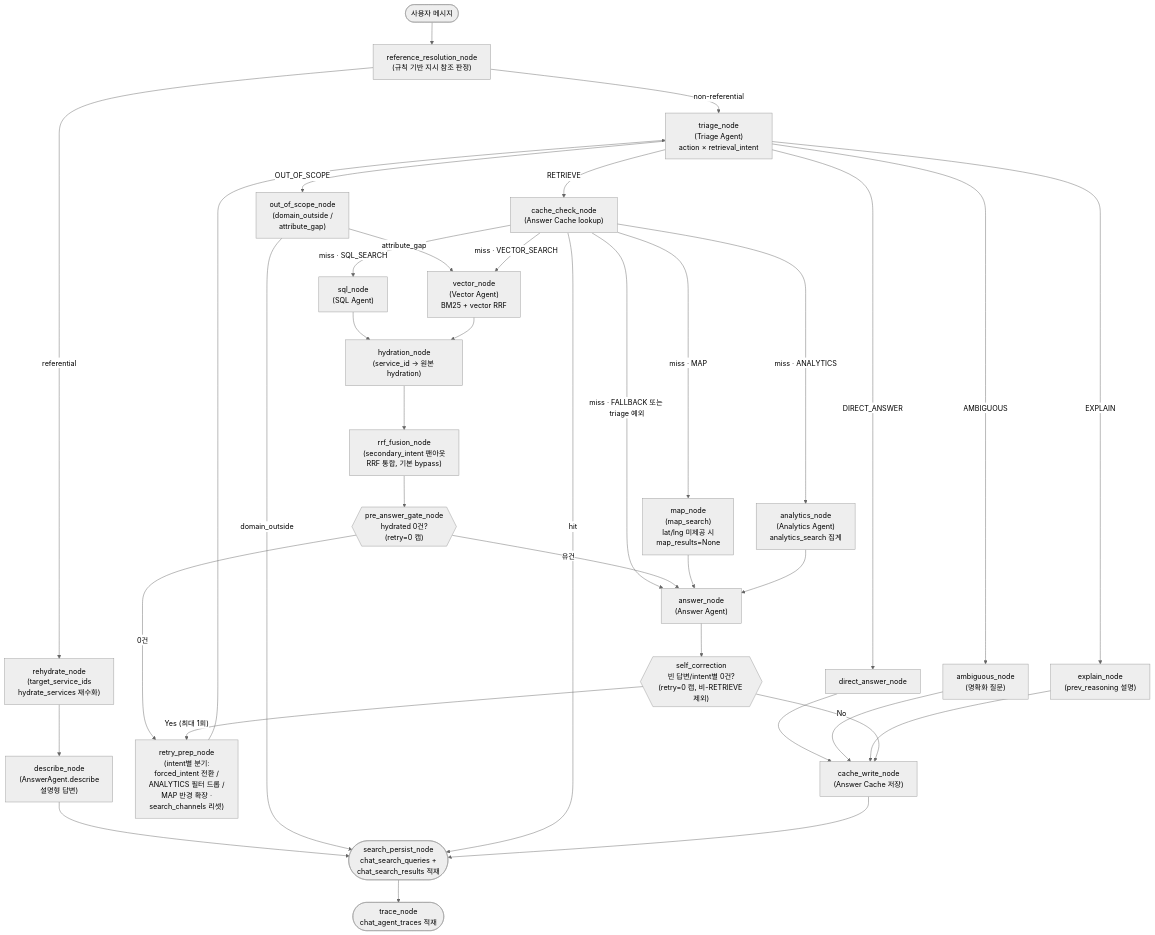
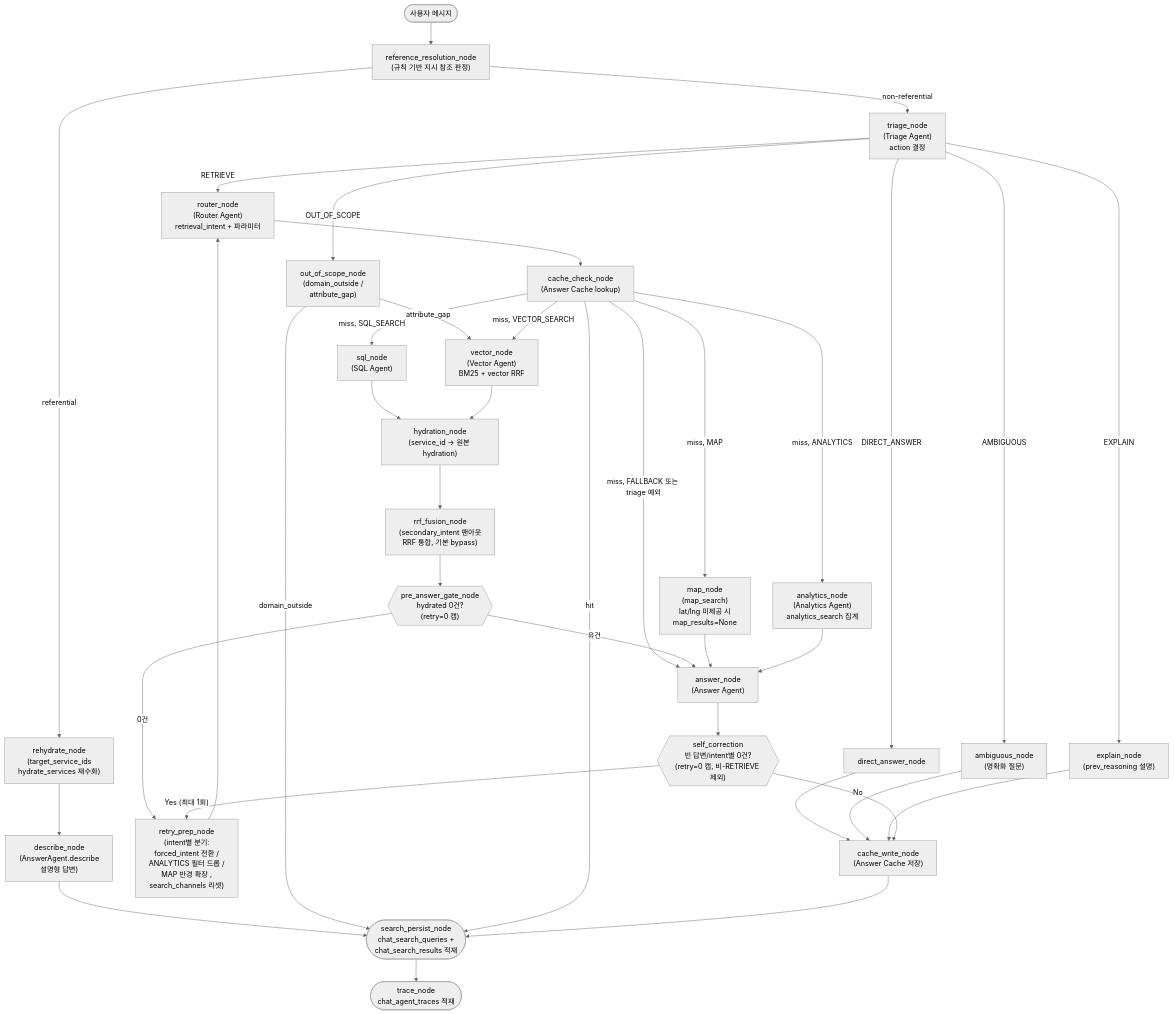
One commit to f-lab-edu/on-seoul changed the diagram in on-seoul-agent/docs/ai-agent-design.md. Above: the diagram before and after it, drawn with Mermaid (neutral theme). The commit also changed other lines of this file and 1 other file, not shown here.

First line of the commit message:
docs: TriageAgent/RouterAgent 책임 분리 반영

````diff
--- a/on-seoul-agent/docs/ai-agent-design.md
+++ b/on-seoul-agent/docs/ai-agent-design.md
@@ -21,68 +21,70 @@
 ```mermaid
 flowchart TD
     START(["사용자 메시지"])
     REF["reference_resolution_node<br/>(규칙 기반 지시 참조 판정)"]
     REHYDRATE["rehydrate_node<br/>(target_service_ids<br/>hydrate_services 재수화)"]
     DESCRIBE["describe_node<br/>(AnswerAgent.describe<br/>설명형 답변)"]
-    TRIAGE["triage_node<br/>(Triage Agent)<br/>action × retrieval_intent"]
+    TRIAGE["triage_node<br/>(Triage Agent)<br/>action 결정"]
+    ROUTER["router_node<br/>(Router Agent)<br/>retrieval_intent + 파라미터"]
     DIRECT["direct_answer_node"]
     AMBIG["ambiguous_node<br/>(명확화 질문)"]
     OOS["out_of_scope_node<br/>(domain_outside /<br/>attribute_gap)"]
     EXPLAIN["explain_node<br/>(prev_reasoning 설명)"]
     CACHE_CHECK["cache_check_node<br/>(Answer Cache lookup)"]
     SQL["sql_node<br/>(SQL Agent)"]
     VECTOR["vector_node<br/>(Vector Agent)<br/>BM25 + vector RRF"]
     MAP["map_node<br/>(map_search)<br/>lat/lng 미제공 시<br/>map_results=None"]
     ANALYTICS["analytics_node<br/>(Analytics Agent)<br/>analytics_search 집계"]
     HYDRATION["hydration_node<br/>(service_id → 원본 hydration)"]
     RRF["rrf_fusion_node<br/>(secondary_intent 팬아웃<br/>RRF 통합, 기본 bypass)"]
     GATE{{"pre_answer_gate_node<br/>hydrated 0건?<br/>(retry=0 캡)"}}
     ANSWER["answer_node<br/>(Answer Agent)"]
     SELF_CORR{{"self_correction<br/>빈 답변/intent별 0건?<br/>(retry=0 캡, 비-RETRIEVE 제외)"}}
-    RETRY_PREP["retry_prep_node<br/>(intent별 분기:<br/>forced_intent 전환 /<br/>ANALYTICS 필터 드롭 /<br/>MAP 반경 확장 ·<br/>search_channels 리셋)"]
+    RETRY_PREP["retry_prep_node<br/>(intent별 분기:<br/>forced_intent 전환 /<br/>ANALYTICS 필터 드롭 /<br/>MAP 반경 확장 , <br/>search_channels 리셋)"]
     CACHE_WRITE["cache_write_node<br/>(Answer Cache 저장)"]
     SEARCH_PERSIST(["search_persist_node<br/>chat_search_queries +<br/>chat_search_results 적재"])
     TRACE(["trace_node<br/>chat_agent_traces 적재"])
 
     START --> REF
     REF -- "referential" --> REHYDRATE
     REF -- "non-referential" --> TRIAGE
     REHYDRATE --> DESCRIBE
     DESCRIBE --> SEARCH_PERSIST
 
-    TRIAGE -- "RETRIEVE" --> CACHE_CHECK
+    TRIAGE -- "RETRIEVE" --> ROUTER
+    ROUTER --> CACHE_CHECK
     TRIAGE -- "DIRECT_ANSWER" --> DIRECT
     TRIAGE -- "AMBIGUOUS" --> AMBIG
     TRIAGE -- "OUT_OF_SCOPE" --> OOS
     TRIAGE -- "EXPLAIN" --> EXPLAIN
 
     OOS -- "attribute_gap" --> VECTOR
     OOS -- "domain_outside" --> SEARCH_PERSIST
 
     CACHE_CHECK -- "hit" --> SEARCH_PERSIST
-    CACHE_CHECK -- "miss · SQL_SEARCH" --> SQL
-    CACHE_CHECK -- "miss · VECTOR_SEARCH" --> VECTOR
-    CACHE_CHECK -- "miss · MAP" --> MAP
-    CACHE_CHECK -- "miss · ANALYTICS" --> ANALYTICS
-    CACHE_CHECK -- "miss · FALLBACK 또는 triage 예외" --> ANSWER
+    CACHE_CHECK -- "miss, SQL_SEARCH" --> SQL
+    CACHE_CHECK -- "miss, VECTOR_SEARCH" --> VECTOR
+    CACHE_CHECK -- "miss, MAP" --> MAP
+    CACHE_CHECK -- "miss, ANALYTICS" --> ANALYTICS
+    CACHE_CHECK -- "miss, FALLBACK 또는 triage 예외" --> ANSWER
 
     SQL --> HYDRATION
     VECTOR --> HYDRATION
     HYDRATION --> RRF
     RRF --> GATE
     GATE -- "유건" --> ANSWER
     GATE -- "0건" --> RETRY_PREP
     MAP --> ANSWER
     ANALYTICS --> ANSWER
 
     DIRECT --> CACHE_WRITE
     AMBIG --> CACHE_WRITE
     EXPLAIN --> CACHE_WRITE
 
     ANSWER --> SELF_CORR
     SELF_CORR -- "Yes (최대 1회)" --> RETRY_PREP
-    RETRY_PREP --> TRIAGE
+    RETRY_PREP --> ROUTER
     SELF_CORR -- "No" --> CACHE_WRITE
     CACHE_WRITE --> SEARCH_PERSIST
     SEARCH_PERSIST --> TRACE
 ```
````
